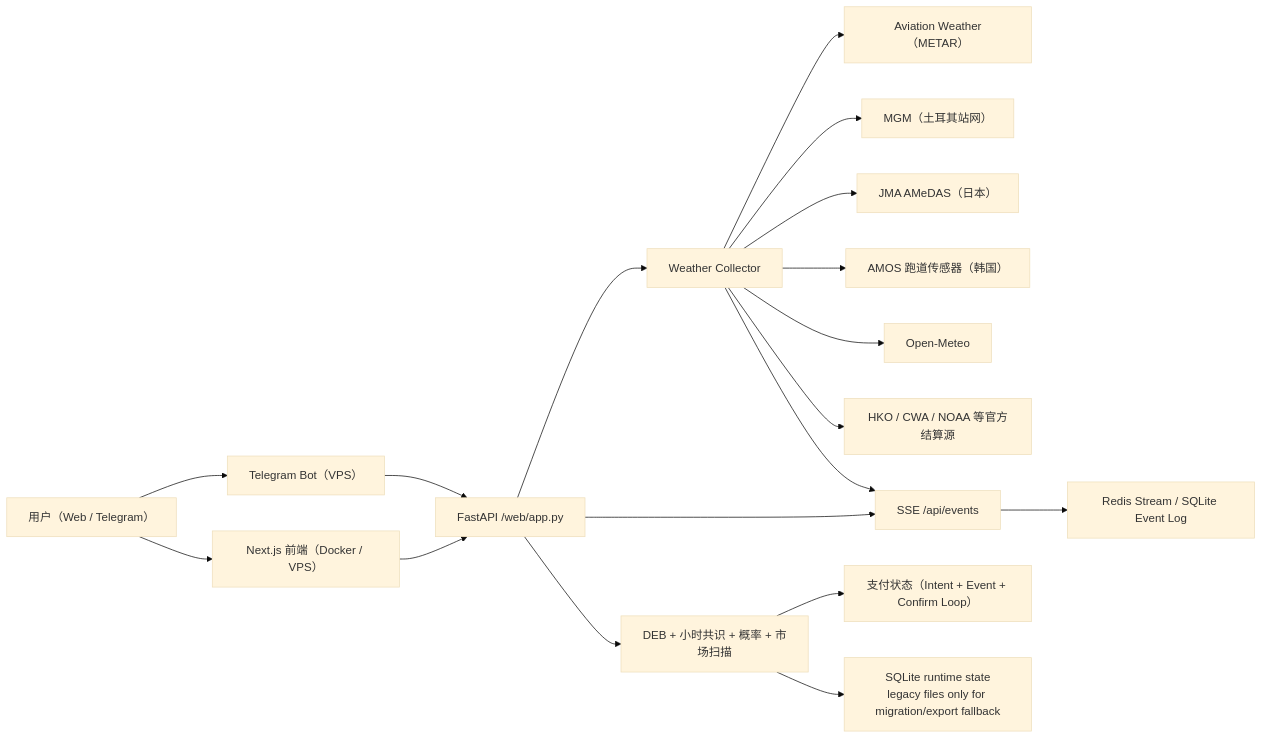
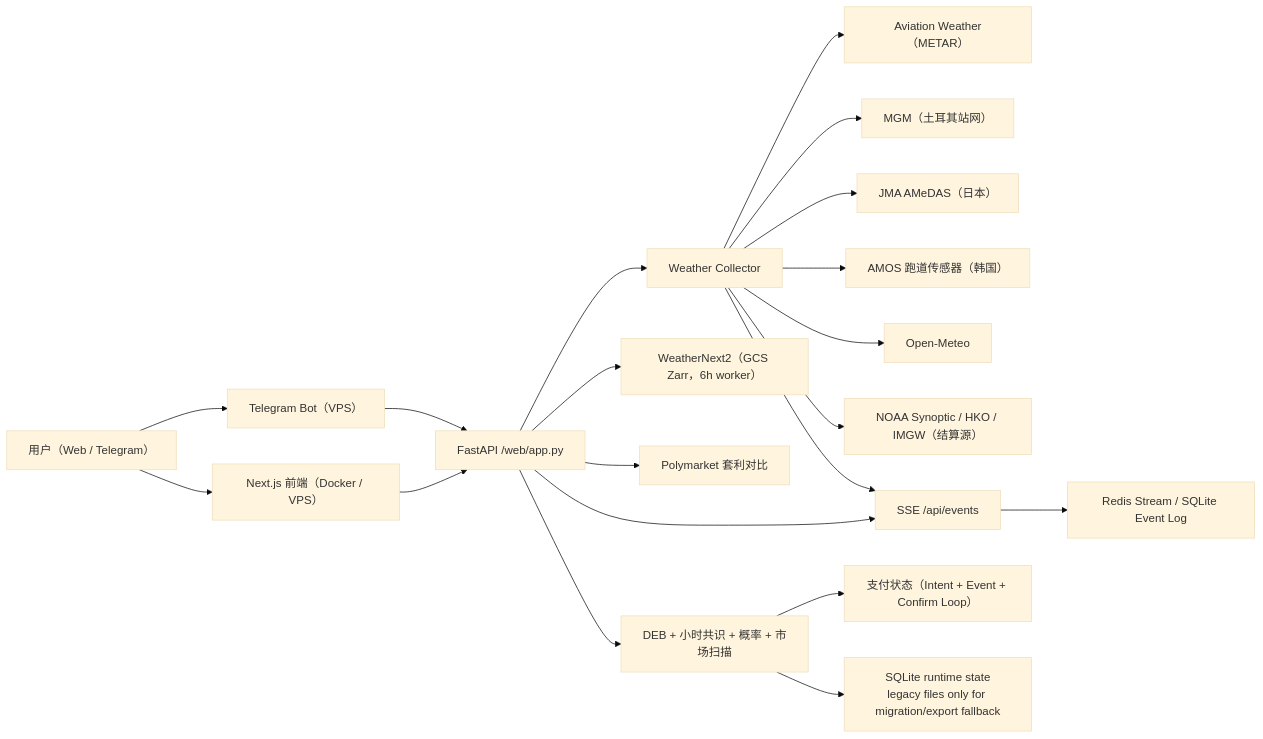
One commit to Night-Etrenal/AT-PolyWeather changed the diagram in README_ZH.md. Above: the diagram before and after it, drawn with Mermaid (base theme). The commit also changed other lines of this file and 17 other files, not shown here.

````diff
--- a/README_ZH.md
+++ b/README_ZH.md
@@ -84,22 +86,24 @@
 ```mermaid
 flowchart LR
     U["用户（Web / Telegram）"] --> FE["Next.js 前端（Docker / VPS）"]
     U --> BOT["Telegram Bot（VPS）"]
     FE --> API["FastAPI /web/app.py"]
     BOT --> API
 
     API --> WX["Weather Collector"]
     WX --> METAR["Aviation Weather（METAR）"]
     WX --> MGM["MGM（土耳其站网）"]
     WX --> JMA["JMA AMeDAS（日本）"]
     WX --> AMOS["AMOS 跑道传感器（韩国）"]
     WX --> OM["Open-Meteo"]
-    WX --> HKO["HKO / CWA / NOAA 等官方结算源"]
+    WX --> SETTLE["NOAA Synoptic / HKO / IMGW（结算源）"]
 
+    API --> WX2["WeatherNext2（GCS Zarr，6h worker）"]
+    API --> ARB["Polymarket 套利对比"]
     API --> ANA["DEB + 小时共识 + 概率 + 市场扫描"]
     API --> SSE["SSE /api/events"]
     WX --> SSE
     SSE --> EVENT["Redis Stream / SQLite Event Log"]
     ANA --> PAY["支付状态（Intent + Event + Confirm Loop）"]
     ANA --> STATE["SQLite runtime state<br/>legacy files only for migration/export fallback"]
 ```
````
